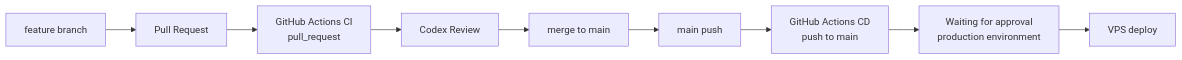
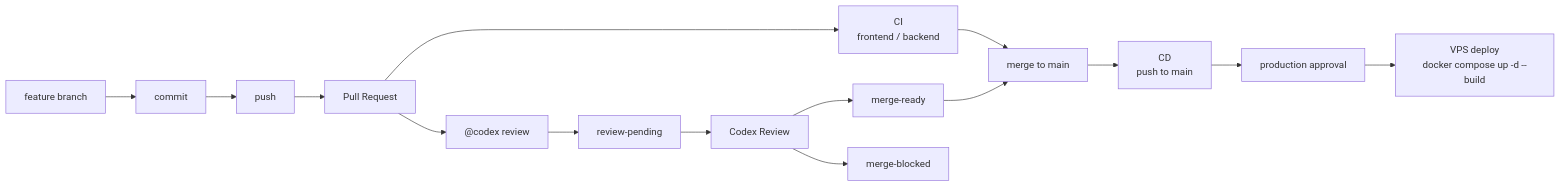
Before and after one commit to shin-arita/gotalk: the diagram in docs/ci-cd.md, drawn with Mermaid. The commit also changed other lines of this file and 13 other files, not shown here.

````diff
--- a/docs/ci-cd.md
+++ b/docs/ci-cd.md
@@ -9,11 +15,17 @@
 ```mermaid
 flowchart LR
-  Feature[feature branch] --> PR[Pull Request]
-  PR --> CI[GitHub Actions CI<br/>pull_request]
-  CI --> Review[Codex Review]
-  Review --> Merge[merge to main]
-  Merge --> MainPush[main push]
-  MainPush --> CD[GitHub Actions CD<br/>push to main]
-  CD --> Approval[Waiting for approval<br/>production environment]
-  Approval --> VPS[VPS deploy]
+  Feature[feature branch] --> Commit[commit]
+  Commit --> Push[push]
+  Push --> PR[Pull Request]
+  PR --> CI[CI<br/>frontend / backend]
+  PR --> ReviewRequest["@codex review"]
+  ReviewRequest --> ReviewPending[review-pending]
+  ReviewPending --> Codex[Codex Review]
+  Codex --> Ready[merge-ready]
+  Codex --> Blocked[merge-blocked]
+  Ready --> Merge[merge to main]
+  CI --> Merge
+  Merge --> CD[CD<br/>push to main]
+  CD --> Approval[production approval]
+  Approval --> VPS[VPS deploy<br/>docker compose up -d --build]
 ```
````
